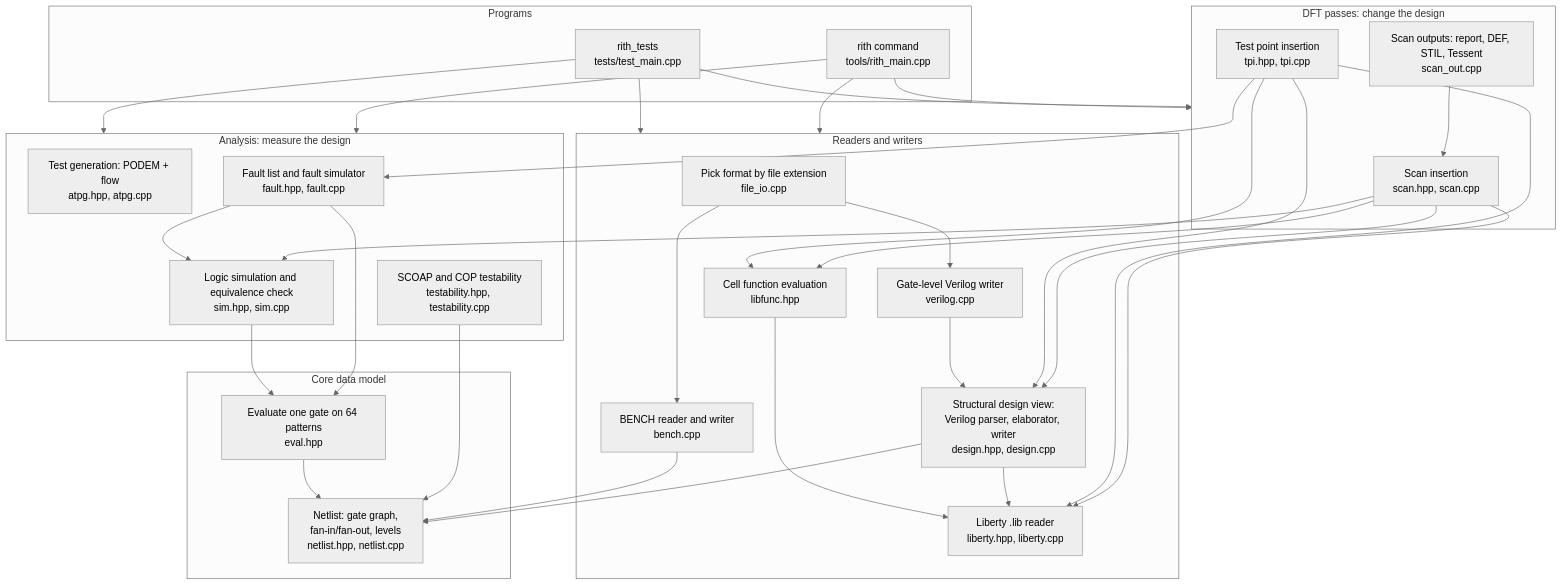
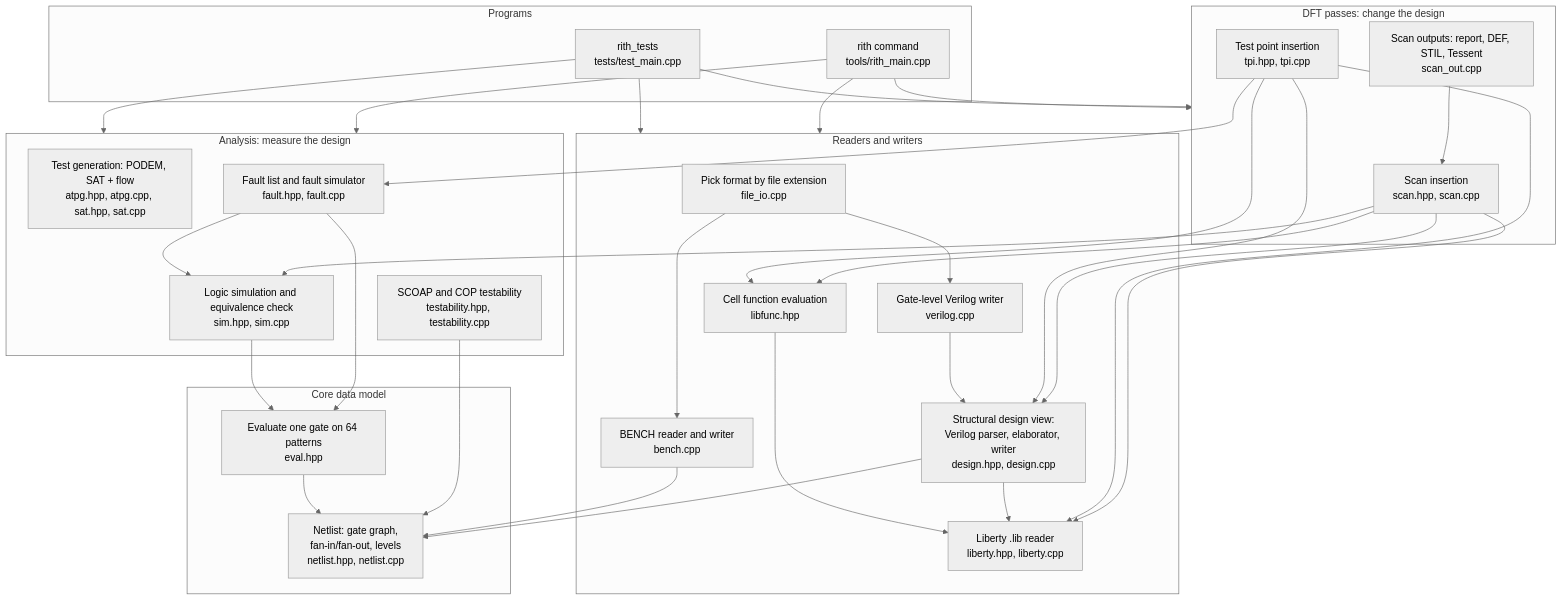
One commit to rithlean/rithereal changed the first of 10 diagrams in docs/architecture.md. Above: the diagram before and after it, drawn with Mermaid (neutral theme). The commit also changed other lines of this file and 11 other files, not shown here.

First line of the commit message:
Phase 4 step 3: SAT fallback for faults PODEM aborts

````diff
--- a/docs/architecture.md
+++ b/docs/architecture.md
@@ -16,50 +16,50 @@
 ```mermaid
 flowchart TB
   subgraph APP["Programs"]
     CLI["rith command<br/>tools/rith_main.cpp"]
     TESTS["rith_tests<br/>tests/test_main.cpp"]
   end
 
   subgraph DFT["DFT passes: change the design"]
     SCAN["Scan insertion<br/>scan.hpp, scan.cpp"]
     SCANOUT["Scan outputs: report, DEF, STIL, Tessent<br/>scan_out.cpp"]
     TPI["Test point insertion<br/>tpi.hpp, tpi.cpp"]
   end
 
   subgraph ANALYSIS["Analysis: measure the design"]
-    ATPG["Test generation: PODEM + flow<br/>atpg.hpp, atpg.cpp"]
+    ATPG["Test generation: PODEM, SAT + flow<br/>atpg.hpp, atpg.cpp, sat.hpp, sat.cpp"]
     FAULT["Fault list and fault simulator<br/>fault.hpp, fault.cpp"]
     TEST["SCOAP and COP testability<br/>testability.hpp, testability.cpp"]
     SIM["Logic simulation and equivalence check<br/>sim.hpp, sim.cpp"]
   end
 
   subgraph IO["Readers and writers"]
     FILEIO["Pick format by file extension<br/>file_io.cpp"]
     BENCH["BENCH reader and writer<br/>bench.cpp"]
     VLOG["Gate-level Verilog writer<br/>verilog.cpp"]
     DESIGN["Structural design view:<br/>Verilog parser, elaborator, writer<br/>design.hpp, design.cpp"]
     LIB["Liberty .lib reader<br/>liberty.hpp, liberty.cpp"]
     LIBFUNC["Cell function evaluation<br/>libfunc.hpp"]
   end
 
   subgraph CORE["Core data model"]
     NET["Netlist: gate graph,<br/>fan-in/fan-out, levels<br/>netlist.hpp, netlist.cpp"]
     EVAL["Evaluate one gate on 64 patterns<br/>eval.hpp"]
   end
 
   CLI --> DFT & ANALYSIS & IO
   TESTS --> DFT & ANALYSIS & IO
 
   SCAN --> DESIGN & LIB & LIBFUNC & SIM
   SCANOUT --> SCAN
   TPI --> FAULT & DESIGN & LIB & LIBFUNC
   FAULT --> SIM & EVAL
   TEST --> NET
   SIM --> EVAL
   FILEIO --> BENCH & VLOG
   VLOG --> DESIGN
   DESIGN --> LIB & NET
   LIBFUNC --> LIB
   BENCH --> NET
   EVAL --> NET
 ```
````
